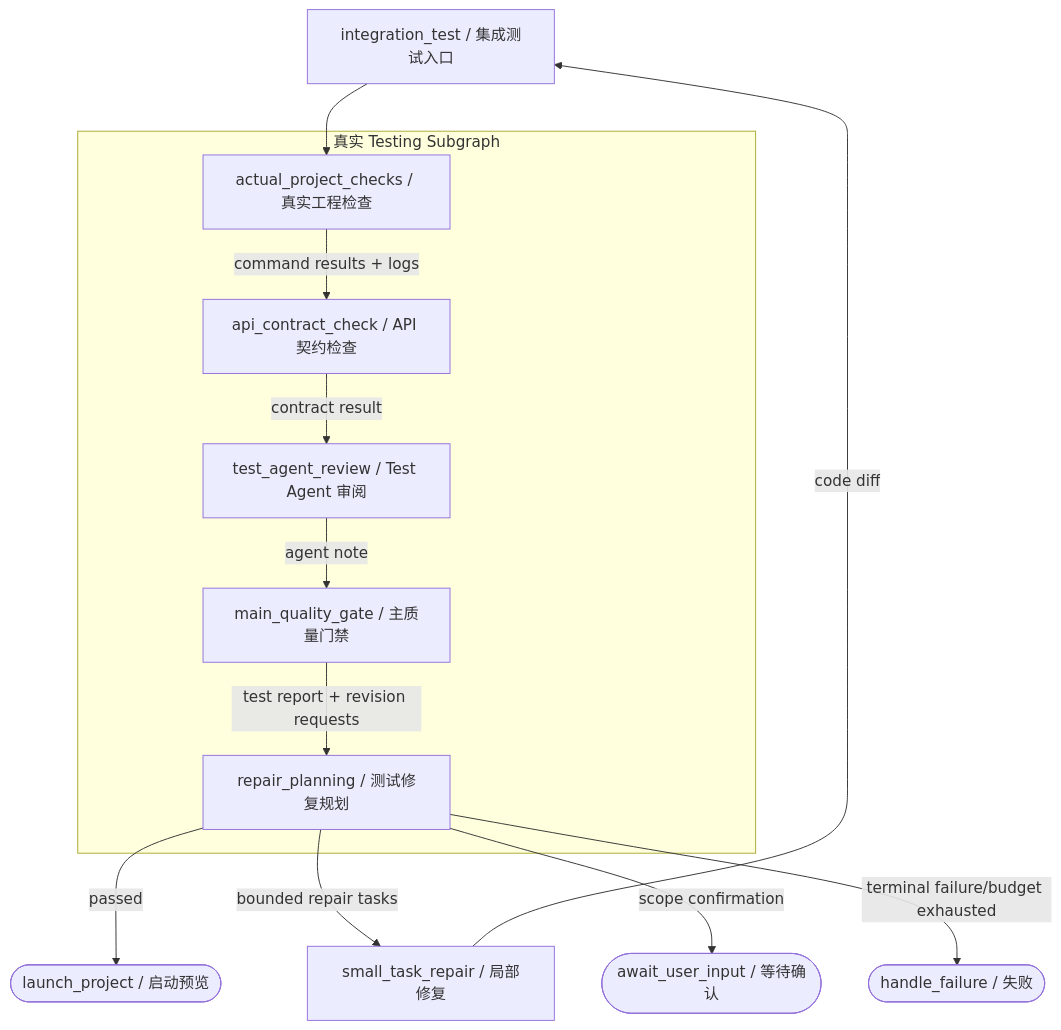
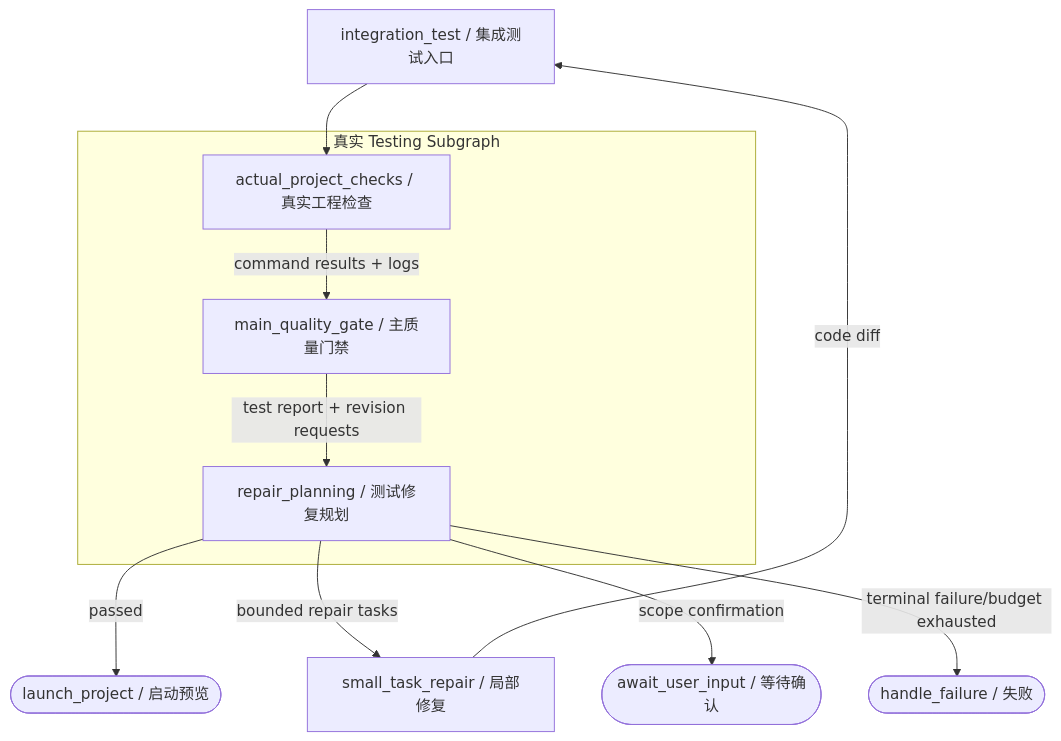
The seventh of 11 diagrams in docs/XCODEAGENT_COMPLETE_WORKFLOW.md (YYYWYF/XCodeAgent), drawn with Mermaid before and after one commit. The commit also changed other lines of this file and 27 other files, not shown here.

Commit message:
优化测试节点，去掉api契约校验，去调test_review_agent，去掉python逻辑

````diff
--- a/docs/XCODEAGENT_COMPLETE_WORKFLOW.md
+++ b/docs/XCODEAGENT_COMPLETE_WORKFLOW.md
@@ -517,26 +515,22 @@
 ```mermaid
 flowchart TD
     I["integration_test / 集成测试入口"]
     subgraph TS["真实 Testing Subgraph"]
         A["actual_project_checks / 真实工程检查"]
-        C["api_contract_check / API 契约检查"]
-        T["test_agent_review / Test Agent 审阅"]
         G["main_quality_gate / 主质量门禁"]
         R["repair_planning / 测试修复规划"]
     end
     S["small_task_repair / 局部修复"]
     L(["launch_project / 启动预览"])
     U(["await_user_input / 等待确认"])
     F(["handle_failure / 失败"])
 
     I --> A
-    A -->|"command results + logs"| C
-    C -->|"contract result"| T
-    T -->|"agent note"| G
+    A -->|"command results + logs"| G
     G -->|"test report + revision requests"| R
     R -->|"passed"| L
     R -->|"bounded repair tasks"| S
     S -->|"code diff"| I
     R -->|"scope confirmation"| U
     R -->|"terminal failure/budget exhausted"| F
 ```
````
